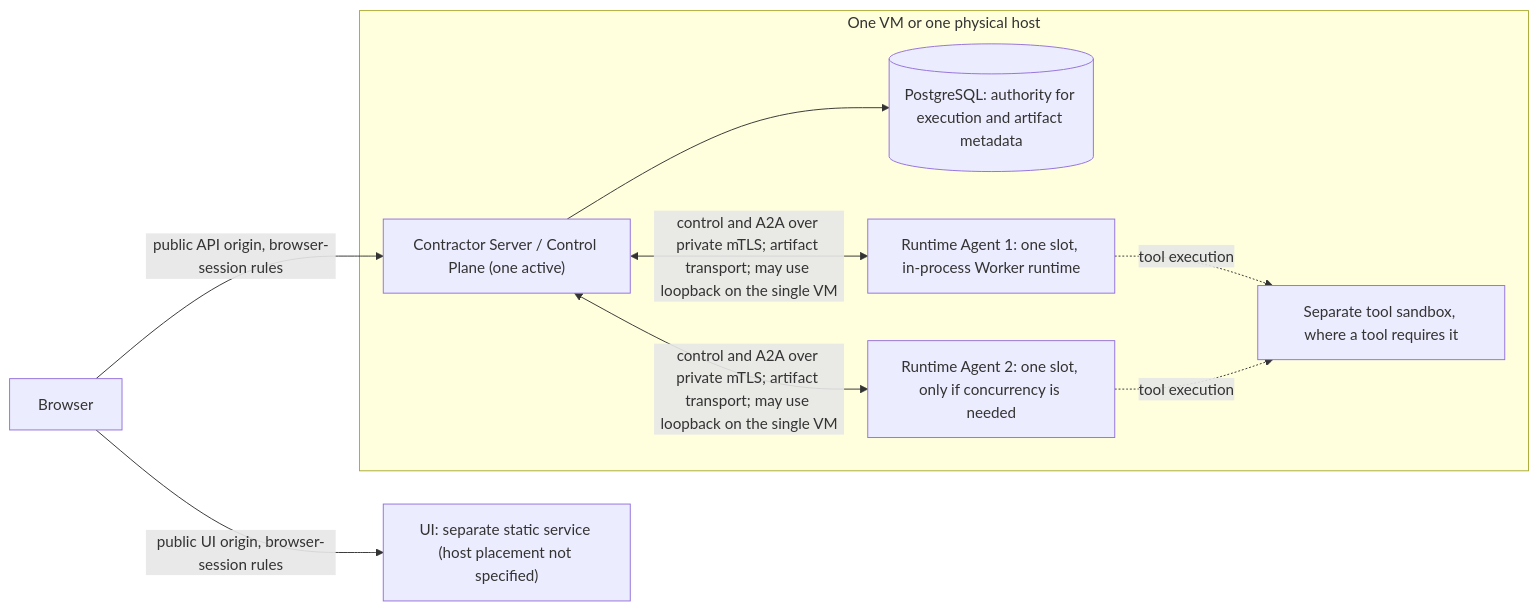
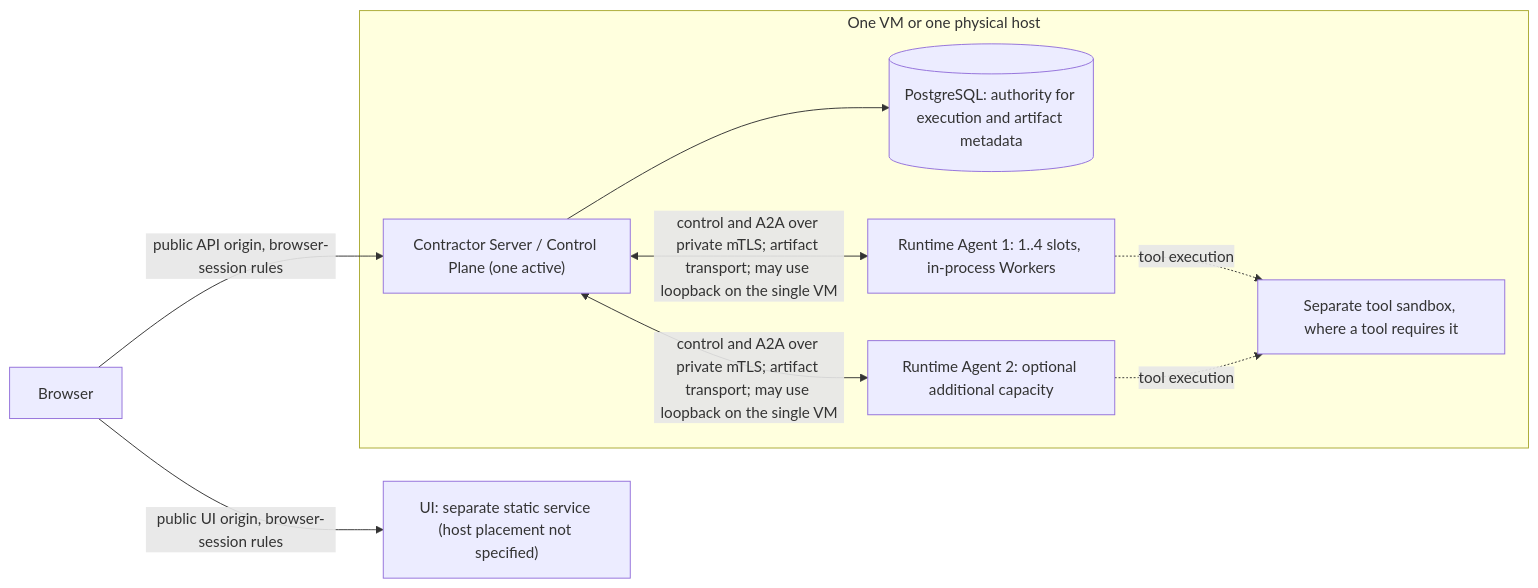
One commit to grauwolf32/contractor changed the first of 3 diagrams in docs/spec/overview.md. Above: the diagram before and after it, drawn with Mermaid. The commit also changed other lines of this file and 191 other files, not shown here.

Commit message:
feat: share Runtime resources across four allocation slots (V487-002 V487-003 V487-004)

````diff
--- a/docs/spec/overview.md
+++ b/docs/spec/overview.md
@@ -105,19 +105,19 @@
 ```mermaid
 flowchart LR
     B["Browser"]
     UI["UI: separate static service (host placement not specified)"]
     subgraph HOST["One VM or one physical host"]
         S["Contractor Server / Control Plane (one active)"]
         PG[("PostgreSQL: authority for execution and artifact metadata")]
-        RA1["Runtime Agent 1: one slot, in-process Worker runtime"]
-        RA2["Runtime Agent 2: one slot, only if concurrency is needed"]
+        RA1["Runtime Agent 1: 1..4 slots, in-process Workers"]
+        RA2["Runtime Agent 2: optional additional capacity"]
         SB["Separate tool sandbox, where a tool requires it"]
     end
     B -->|"public UI origin, browser-session rules"| UI
     B -->|"public API origin, browser-session rules"| S
     S --> PG
     S <-->|"control and A2A over private mTLS; artifact transport; may use loopback on the single VM"| RA1
     S <-->|"control and A2A over private mTLS; artifact transport; may use loopback on the single VM"| RA2
     RA1 -.->|"tool execution"| SB
     RA2 -.->|"tool execution"| SB
 ```
````
